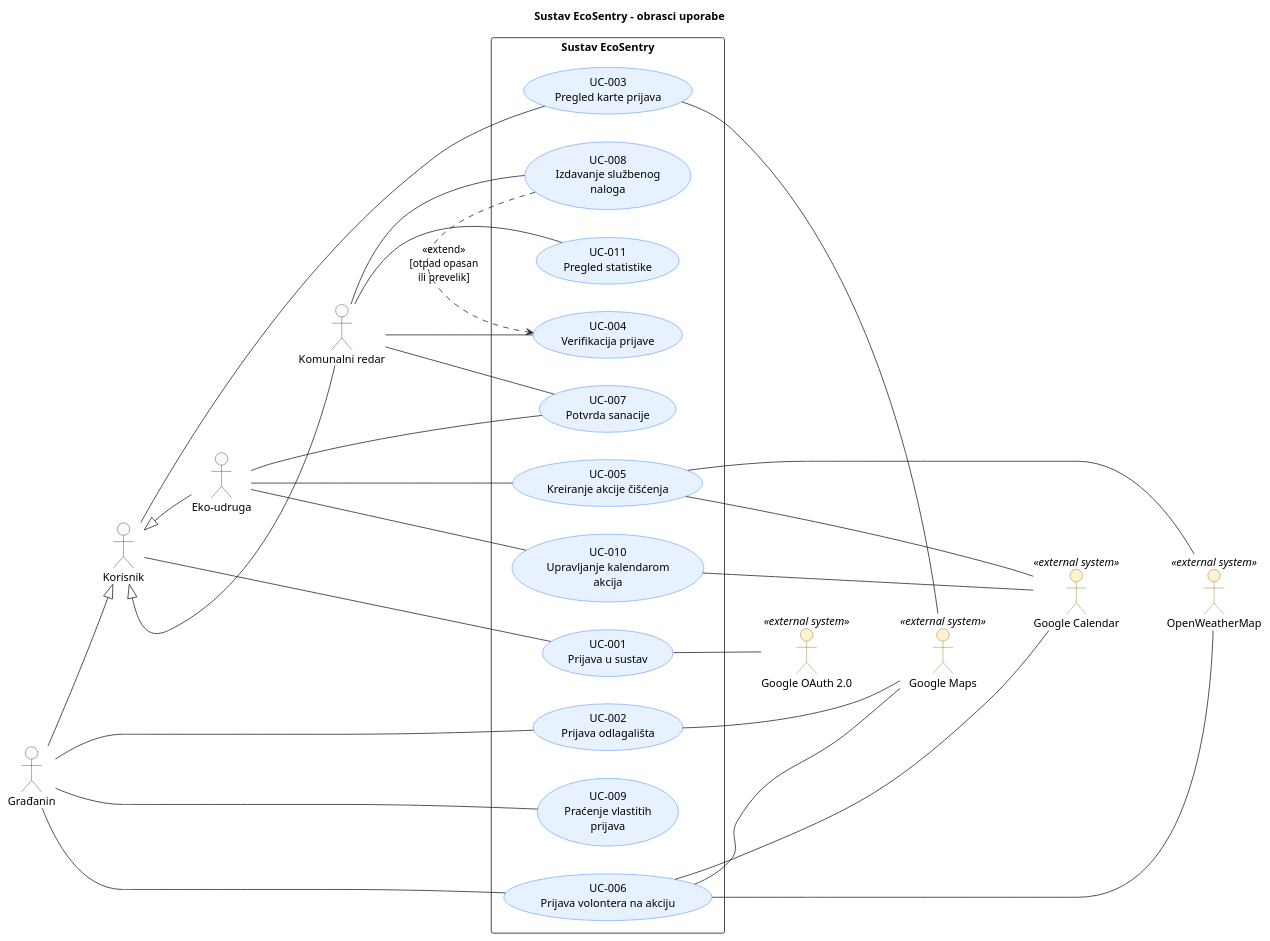
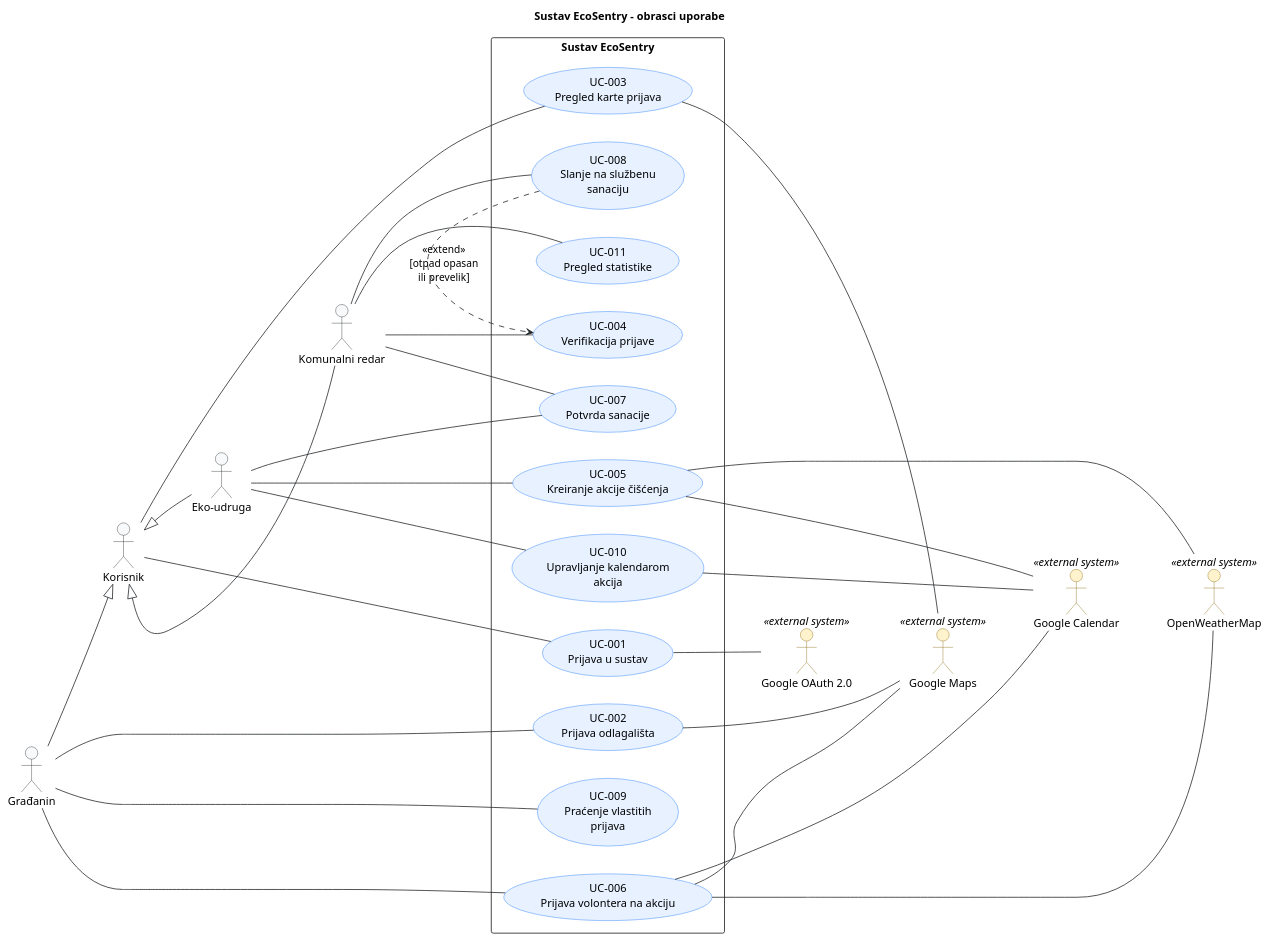
One commit to garbage-collectors-fer/garbage-collectors changed the diagram in docs/puml/3-1-ecosentry-system-UC.puml. Above: the diagram before and after it, drawn with PlantUML. The commit also changed 2 other files, not shown here.

```diff
--- a/docs/puml/3-1-ecosentry-system-UC.puml
+++ b/docs/puml/3-1-ecosentry-system-UC.puml
@@ -1,92 +1,92 @@
 @startuml
 title Sustav EcoSentry - obrasci uporabe
 left to right direction
 skinparam shadowing false
 skinparam defaultFontName Arial
 skinparam ArrowColor #212529
 
 skinparam actor {
     BackgroundColor #F8F9FA
     BorderColor #212529
     BackgroundColor<<external system>> #FFF3CD
     BorderColor<<external system>> #856404
 }
 
 skinparam usecase {
     BackgroundColor #E7F1FF
     BorderColor #0D6EFD
 }
 actor "Korisnik" as User
 actor "Građanin" as Gradan
 actor "Eko-udruga" as Udruga
 actor "Komunalni redar" as Redar
 
 actor "Google OAuth 2.0" as OAuth <<external system>>
 actor "Google Calendar" as Kalendar <<external system>>
 actor "OpenWeatherMap" as Weather <<external system>>
 actor "Google Maps" as Maps <<external system>>
 
 Gradan -[norank]|> User
 Redar -[norank]|> User
 Udruga -[norank]|> User
 
 Gradan -[hidden]down-> User
 User -[hidden]down-> Udruga
 Udruga -[hidden]down-> Redar
 
 
 OAuth -[hidden]down-> Maps
 Maps -[hidden]down-> Kalendar
 Kalendar -[hidden]down-> Weather
 
 
 rectangle "Sustav EcoSentry" {
     usecase "UC-002\nPrijava odlagališta" as UC002
     usecase "UC-009\nPraćenje vlastitih\nprijava" as UC009
     usecase "UC-006\nPrijava volontera na akciju" as UC006
 
     usecase "UC-001\nPrijava u sustav" as UC001
     usecase "UC-003\nPregled karte prijava" as UC003
 
 
     usecase "UC-005\nKreiranje akcije čišćenja" as UC005
     usecase "UC-010\nUpravljanje kalendarom\nakcija" as UC010
     usecase "UC-007\nPotvrda sanacije" as UC007
 
     usecase "UC-004\nVerifikacija prijave" as UC004
-    usecase "UC-008\nIzdavanje službenog\nnaloga" as UC008
+    usecase "UC-008\nSlanje na službenu\nsanaciju" as UC008
     usecase "UC-011\nPregled statistike" as UC011
 
 }
 
 User -- UC001
 Gradan -- UC002
 User -- UC003
 Redar -- UC004
 Udruga -- UC005
 Gradan -- UC006
 Udruga -- UC007
 Redar -- UC007
 Redar -- UC008
 Gradan -- UC009
 Udruga -- UC010
 Redar -- UC011
 
 UC008 .[norank].> UC004 : <<extend>>\n[otpad opasan\nili prevelik]
 
 UC001 -- OAuth
 UC002 -- Maps
 UC003 -- Maps
 UC005 -- Kalendar
 UC005 -- Weather
 UC006 -- Kalendar
 UC006 -- Maps
 UC006 -- Weather
 UC010 -- Kalendar
 
 
 
 
 
 
 @enduml
```
